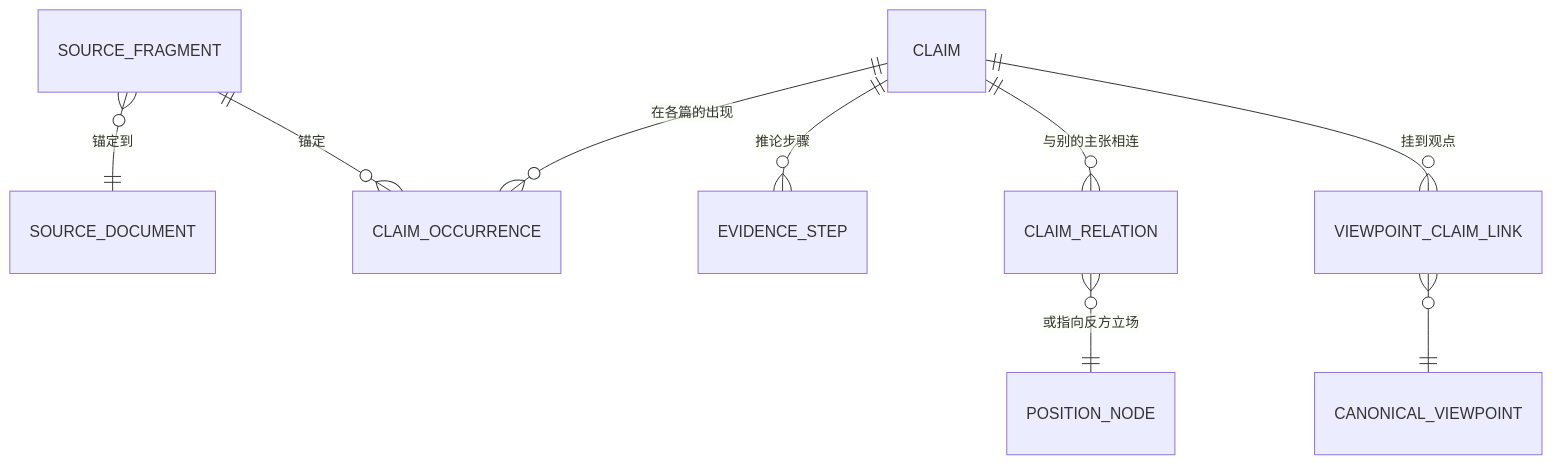
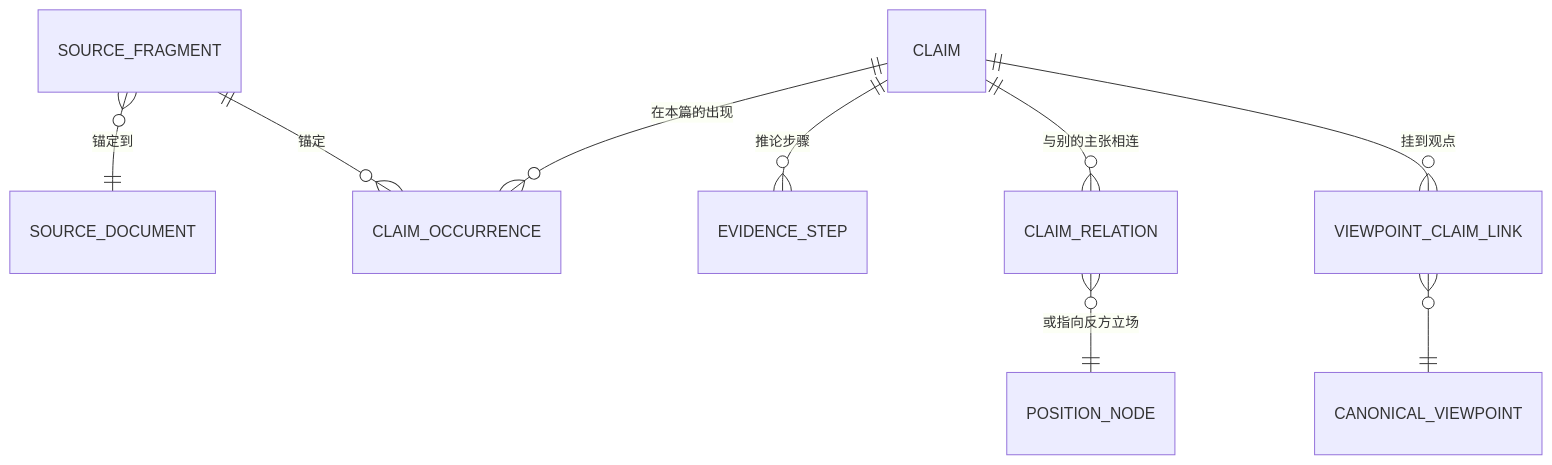
The first of 2 diagrams in docs/wang-knowledge-platform/20-knowledge/claim_design.md (junyang168/smart-answer), drawn with Mermaid before and after one commit. The commit also changed other lines of this file and 2 other files, not shown here.

Commit message:
docs: unify Claim operations around existing SQL lifecycle

````diff
--- a/docs/wang-knowledge-platform/20-knowledge/claim_design.md
+++ b/docs/wang-knowledge-platform/20-knowledge/claim_design.md
@@ -46,11 +46,11 @@
 ```mermaid
 erDiagram
     SOURCE_FRAGMENT }o--|| SOURCE_DOCUMENT : "锚定到"
     SOURCE_FRAGMENT ||--o{ CLAIM_OCCURRENCE : "锚定"
-    CLAIM ||--o{ CLAIM_OCCURRENCE : "在各篇的出现"
+    CLAIM ||--o{ CLAIM_OCCURRENCE : "在本篇的出现"
     CLAIM ||--o{ EVIDENCE_STEP : "推论步骤"
     CLAIM ||--o{ CLAIM_RELATION : "与别的主张相连"
     CLAIM_RELATION }o--|| POSITION_NODE : "或指向反方立场"
     CLAIM ||--o{ VIEWPOINT_CLAIM_LINK : "挂到观点"
     VIEWPOINT_CLAIM_LINK }o--|| CANONICAL_VIEWPOINT : ""
 ```
````
